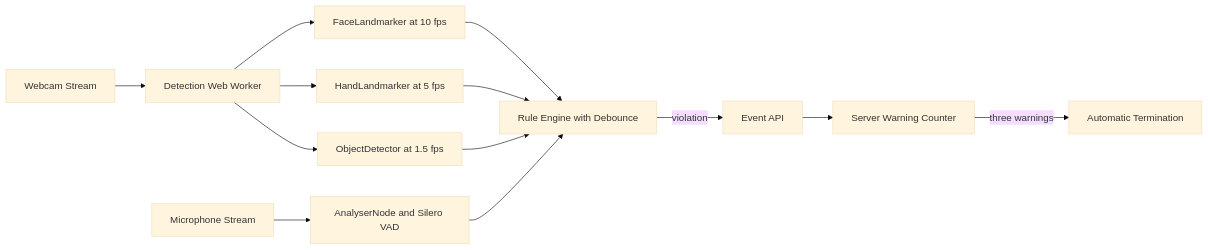
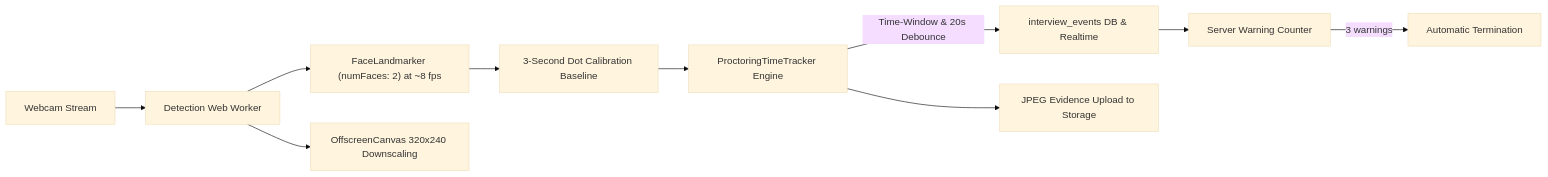
The second of 2 diagrams in wiki/pages/mock-interview-module.md (Creolestudios/creole-knowledge-portal), drawn with Mermaid (base theme) before and after one commit. The commit also changed other lines of this file and 43 other files, not shown here.

Commit message:
face and eye movement detection along with real time monitoring

````diff
--- a/wiki/pages/mock-interview-module.md
+++ b/wiki/pages/mock-interview-module.md
@@ -248,15 +248,12 @@
 ```mermaid
 flowchart LR
   cam[Webcam Stream] --> worker[Detection Web Worker]
-  worker --> face["FaceLandmarker at 10 fps"]
-  worker --> hand["HandLandmarker at 5 fps"]
-  worker --> obj["ObjectDetector at 1.5 fps"]
-  mic[Microphone Stream] --> audio["AnalyserNode and Silero VAD"]
-  face --> rules[Rule Engine with Debounce]
-  hand --> rules
-  obj --> rules
-  audio --> rules
-  rules -->|violation| api["Event API"]
-  api --> counter[Server Warning Counter]
-  counter -->|"three warnings"| terminate[Automatic Termination]
+  worker --> face["FaceLandmarker (numFaces: 2) at ~8 fps"]
+  worker --> canvas["OffscreenCanvas 320x240 Downscaling"]
+  face --> calib["3-Second Dot Calibration Baseline"]
+  calib --> tracker["ProctoringTimeTracker Engine"]
+  tracker -->|Time-Window & 20s Debounce| events["interview_events DB & Realtime"]
+  events --> counter[Server Warning Counter]
+  counter -->|"3 warnings"| terminate[Automatic Termination]
+  tracker --> snapshots["JPEG Evidence Upload to Storage"]
 ```
````
